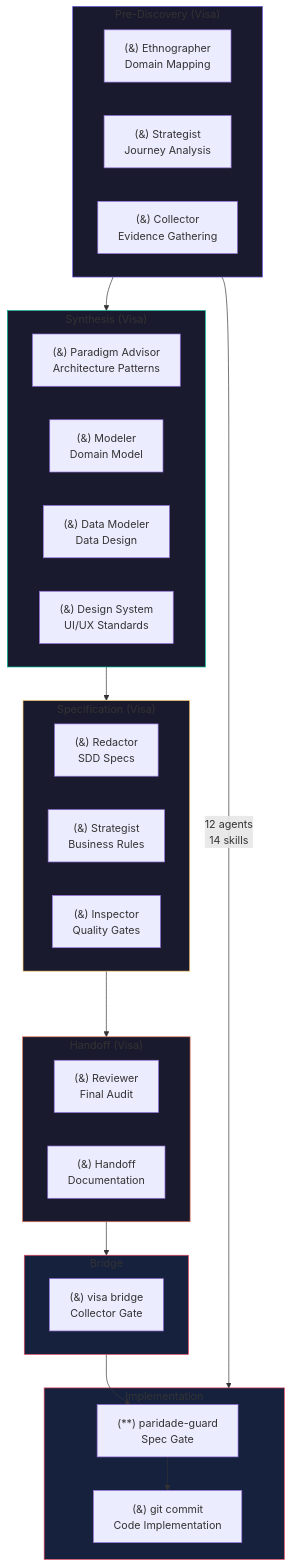
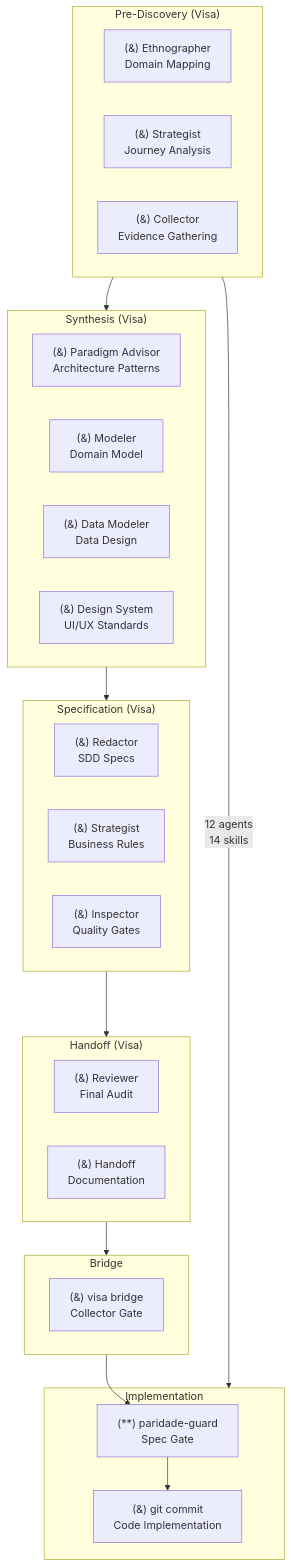
Before and after one commit to Adgmed2018/visa: the first of 3 diagrams in docs/pipeline.md, drawn with Mermaid. The commit also changed other lines of this file and 1 other file, not shown here.

Commit message:
Remove hardcoded node styles to use default mermaid theme

````diff
--- a/docs/pipeline.md
+++ b/docs/pipeline.md
@@ -7,47 +7,40 @@
 ```mermaid
 flowchart TB
     subgraph PRE["Pre-Discovery (Visa)"]
         E1["(&) Ethnographer<br/>Domain Mapping"]
         E2["(&) Strategist<br/>Journey Analysis"]
         E3["(&) Collector<br/>Evidence Gathering"]
     end
 
     subgraph SYN["Synthesis (Visa)"]
         S1["(&) Paradigm Advisor<br/>Architecture Patterns"]
         S2["(&) Modeler<br/>Domain Model"]
         S3["(&) Data Modeler<br/>Data Design"]
         S4["(&) Design System<br/>UI/UX Standards"]
     end
 
     subgraph SPEC["Specification (Visa)"]
         SP1["(&) Redactor<br/>SDD Specs"]
         SP2["(&) Strategist<br/>Business Rules"]
         SP3["(&) Inspector<br/>Quality Gates"]
     end
 
     subgraph HANDOFF["Handoff (Visa)"]
         H1["(&) Reviewer<br/>Final Audit"]
         H2["(&) Handoff<br/>Documentation"]
     end
 
     subgraph BRIDGE["Bridge"]
         BR["(&) visa bridge<br/>Collector Gate"]
     end
 
     subgraph IMP["Implementation"]
         PG["(**) paridade-guard<br/>Spec Gate"]
         GC["(&) git commit<br/>Code Implementation"]
     end
 
     PRE --> SYN --> SPEC --> HANDOFF --> BRIDGE
     BRIDGE --> PG --> GC
 
     PRE --> |"12 agents<br/>14 skills"| IMP
-
-    style PRE fill:#1a1a2e,stroke:#6c5ce7
-    style SYN fill:#1a1a2e,stroke:#00b894
-    style SPEC fill:#1a1a2e,stroke:#fdcb6e
-    style HANDOFF fill:#1a1a2e,stroke:#e17055
-    style BRIDGE fill:#16213e,stroke:#e94560
-    style IMP fill:#16213e,stroke:#e94560
 ```
````
